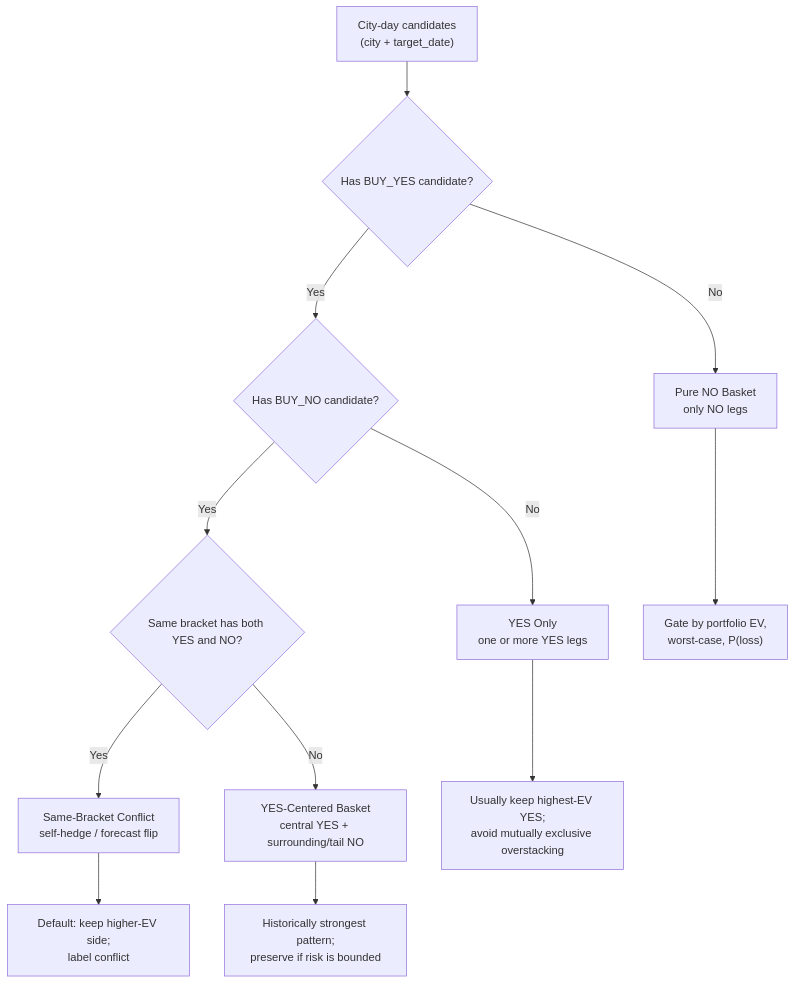
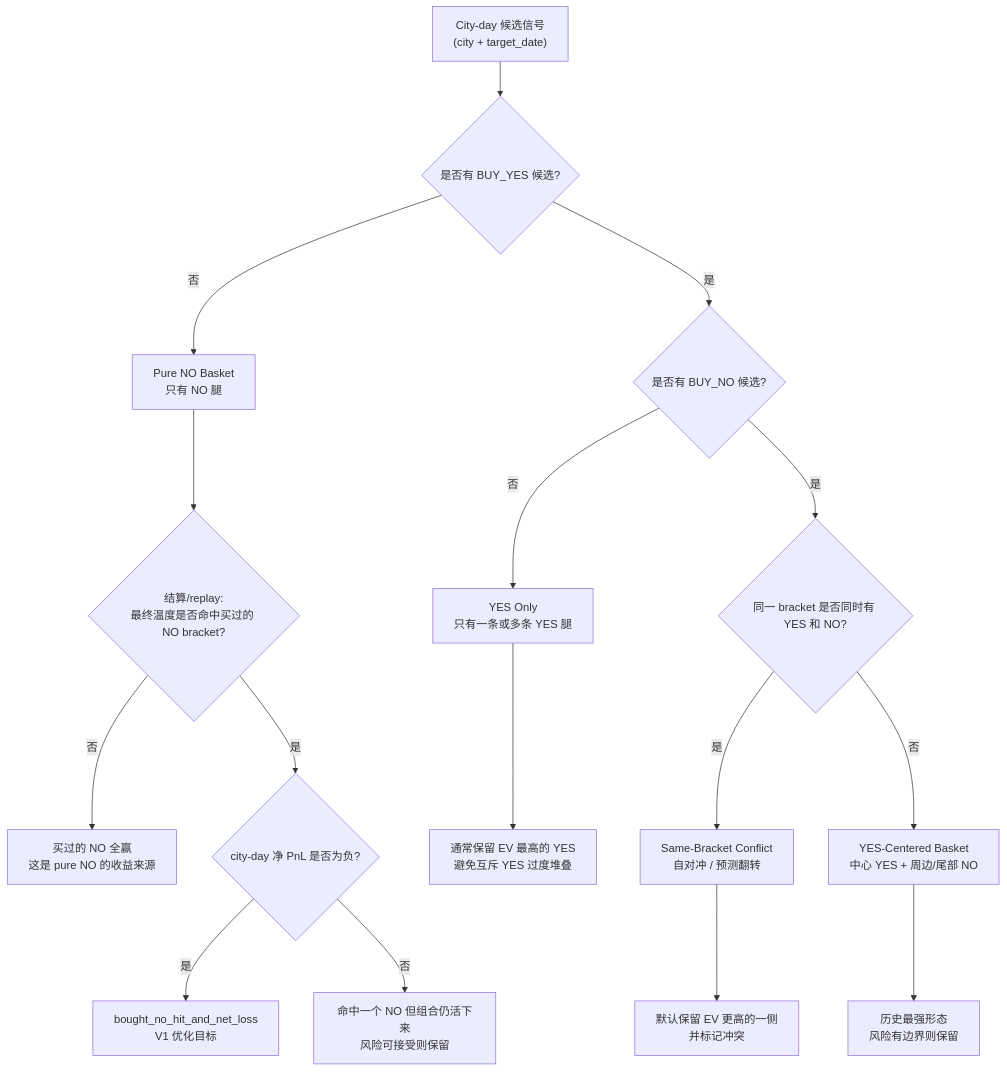
The diagram in docs/WEATHER_CITY_DAY_PORTFOLIO_OPTIMIZER_DESIGN.md (jiaruihz/pm_agents), drawn with Mermaid before and after one commit. The commit also changed other lines of this file and 2 other files, not shown here.

First line of the commit message:
docs: portfolio optimizer design update + 2026-05-27 analysis reports

````diff
--- a/docs/WEATHER_CITY_DAY_PORTFOLIO_OPTIMIZER_DESIGN.md
+++ b/docs/WEATHER_CITY_DAY_PORTFOLIO_OPTIMIZER_DESIGN.md
@@ -143,18 +134,22 @@
 ```mermaid
 flowchart TD
-  A["City-day candidates<br/>(city + target_date)"] --> B{"Has BUY_YES candidate?"}
+  A["City-day 候选信号<br/>(city + target_date)"] --> B{"是否有 BUY_YES 候选?"}
 
-  B -- "No" --> C["Pure NO Basket<br/>only NO legs"]
-  B -- "Yes" --> D{"Has BUY_NO candidate?"}
+  B -- "否" --> C["Pure NO Basket<br/>只有 NO 腿"]
+  B -- "是" --> D{"是否有 BUY_NO 候选?"}
 
-  D -- "No" --> E["YES Only<br/>one or more YES legs"]
-  D -- "Yes" --> F{"Same bracket has both YES and NO?"}
+  D -- "否" --> E["YES Only<br/>只有一条或多条 YES 腿"]
+  D -- "是" --> F{"同一 bracket 是否同时有 YES 和 NO?"}
 
-  F -- "Yes" --> G["Same-Bracket Conflict<br/>self-hedge / forecast flip"]
-  F -- "No" --> H["YES-Centered Basket<br/>central YES + surrounding/tail NO"]
+  F -- "是" --> G["Same-Bracket Conflict<br/>自对冲 / 预测翻转"]
+  F -- "否" --> H["YES-Centered Basket<br/>中心 YES + 周边/尾部 NO"]
 
-  C --> I["Gate by portfolio EV,<br/>worst-case, P(loss)"]
-  E --> J["Usually keep highest-EV YES;<br/>avoid mutually exclusive overstacking"]
-  G --> K["Default: keep higher-EV side;<br/>label conflict"]
-  H --> L["Historically strongest pattern;<br/>preserve if risk is bounded"]
+  C --> I{"结算/replay:<br/>最终温度是否命中买过的 NO bracket?"}
+  I -- "否" --> I1["买过的 NO 全赢<br/>这是 pure NO 的收益来源"]
+  I -- "是" --> I2{"city-day 净 PnL 是否为负?"}
+  I2 -- "是" --> I3["bought_no_hit_and_net_loss<br/>V1 优化目标"]
+  I2 -- "否" --> I4["命中一个 NO 但组合仍活下来<br/>风险可接受则保留"]
+  E --> J["通常保留 EV 最高的 YES<br/>避免互斥 YES 过度堆叠"]
+  G --> K["默认保留 EV 更高的一侧<br/>并标记冲突"]
+  H --> L["历史最强形态<br/>风险有边界则保留"]
 ```
````
